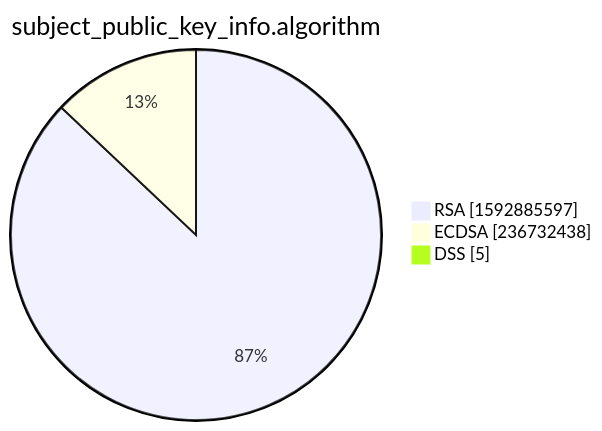
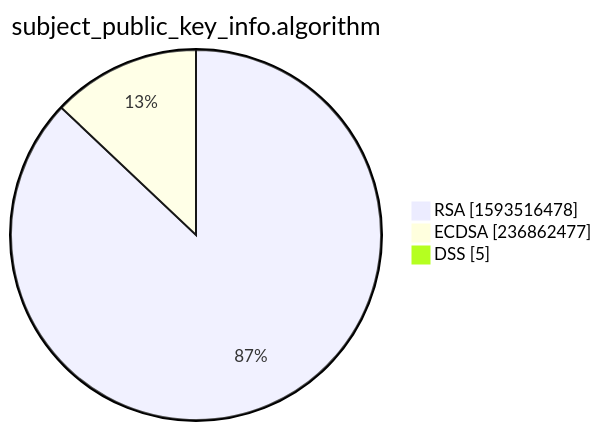
The third of 15 diagrams in xenon2022/README.md (christiankrug/ctmonitor_visualization), drawn with Mermaid before and after one commit. The commit also changed other lines of this file, not shown here.

````diff
--- a/xenon2022/README.md
+++ b/xenon2022/README.md
@@ -14,7 +14,7 @@
 ```mermaid
 pie showData
 title subject_public_key_info.algorithm
-"RSA" :1592885597
-"ECDSA" :236732438
+"RSA" :1593516478
+"ECDSA" :236862477
 "DSS" :5
 ```
````
